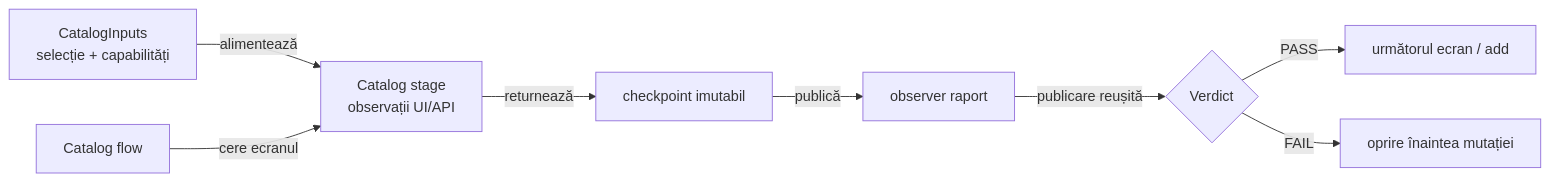
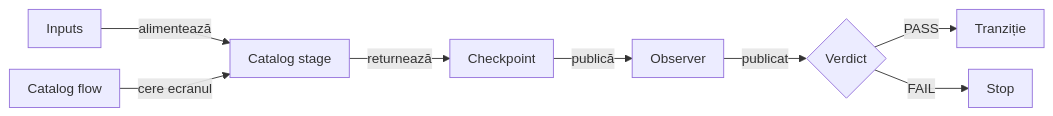
The second of 6 diagrams in atf-test-practice-shop/README.md (crististefanita/atf_j0), drawn with Mermaid before and after one commit. The commit also changed other lines of this file and 97 other files, not shown here.

````diff
--- a/atf-test-practice-shop/README.md
+++ b/atf-test-practice-shop/README.md
@@ -193,10 +207,11 @@
 ```mermaid
+%%{init: {"themeVariables":{"fontSize":"15px"},"themeCSS":".nodeLabel, .nodeLabel p { font-size: 15px !important; line-height: 1.35 !important; } .edgeLabel, .edgeLabel p { font-size: 12px !important; font-weight: 400 !important; line-height: 1.2 !important; } .edgeLabel .labelBkg, .edgeLabel p { background: transparent !important; } .edgeLabel foreignObject { transform: translateY(-18px); overflow: visible; } .node rect { rx: 6px; ry: 6px; }","flowchart":{"curve":"linear","nodeSpacing":24,"rankSpacing":40,"padding":10,"diagramPadding":16}}}%%
 flowchart LR
-    Inputs["CatalogInputs<br/>selecție + capabilități"] -->|alimentează| UI["Catalog stage<br/>observații UI/API"]
+    Inputs["Inputs"] -->|alimentează| UI["Catalog stage"]
     Flow["Catalog flow"] -->|cere ecranul| UI
-    UI -->|returnează| Checkpoint["checkpoint imutabil"]
-    Checkpoint -->|publică| Report["observer raport"]
-    Report -->|publicare reușită| Gate{"Verdict"}
-    Gate -->|PASS| Next["următorul ecran / add"]
-    Gate -->|FAIL| Stop["oprire înaintea mutației"]
+    UI -->|returnează| Checkpoint["Checkpoint"]
+    Checkpoint -->|publică| Report["Observer"]
+    Report -->|publicat| Gate{"Verdict"}
+    Gate -->|PASS| Next["Tranziție"]
+    Gate -->|FAIL| Stop["Stop"]
 ```
````
